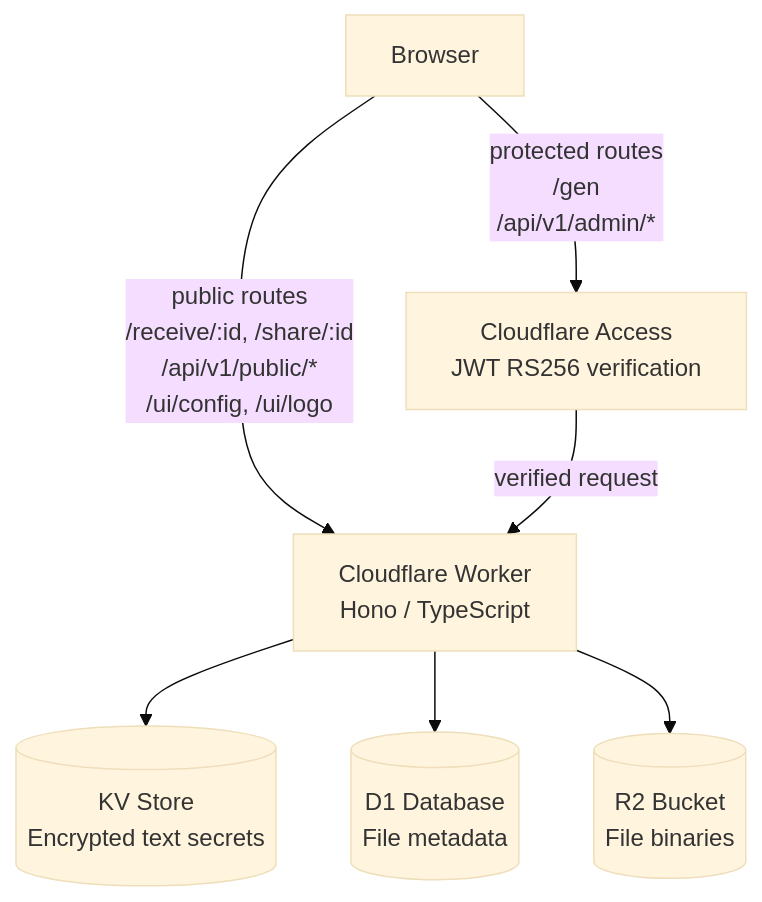
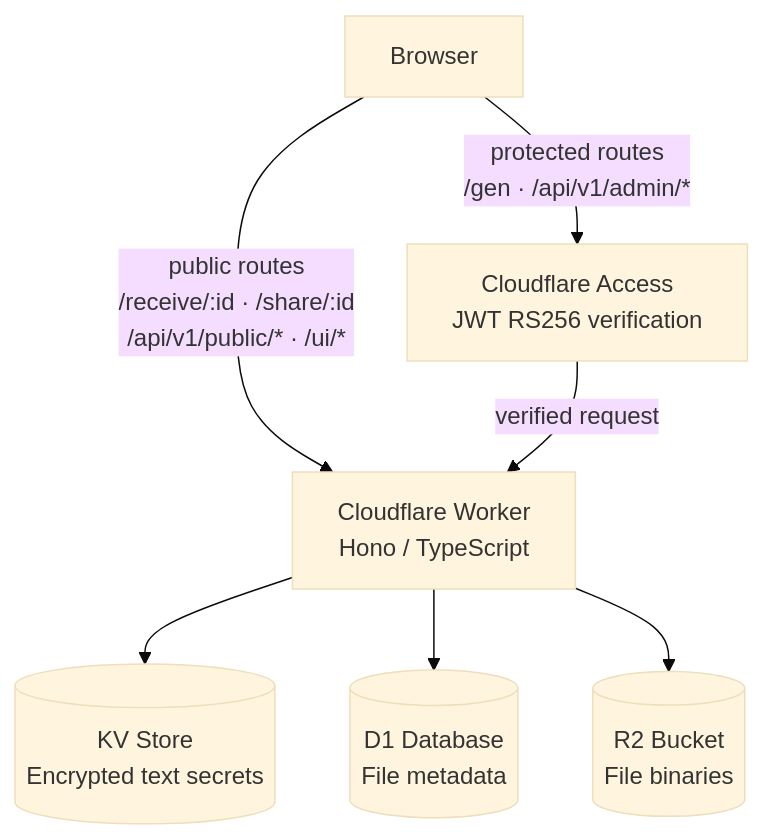
Before and after one commit to maciekaz/Edge-Secrets: the fifth of 5 diagrams in README.md, drawn with Mermaid (base theme). The commit also changed other lines of this file, not shown here.

First line of the commit message:
docs: fix broken mermaid diagrams (literal \n, self-loops)

````diff
--- a/README.md
+++ b/README.md
@@ -246,11 +260,11 @@
 ```mermaid
 flowchart TD
-    Browser -->|protected routes\n/gen\n/api/v1/admin/*| CFA[Cloudflare Access\nJWT RS256 verification]
-    Browser -->|public routes\n/receive/:id, /share/:id\n/api/v1/public/*\n/ui/config, /ui/logo| Worker
+    Browser -->|"protected routes<br/>/gen · /api/v1/admin/*"| CFA["Cloudflare Access<br/>JWT RS256 verification"]
+    Browser -->|"public routes<br/>/receive/:id · /share/:id<br/>/api/v1/public/* · /ui/*"| Worker
 
-    CFA -->|verified request| Worker[Cloudflare Worker\nHono / TypeScript]
+    CFA -->|verified request| Worker["Cloudflare Worker<br/>Hono / TypeScript"]
 
-    Worker --> KV[(KV Store\nEncrypted text secrets)]
-    Worker --> D1[(D1 Database\nFile metadata)]
-    Worker --> R2[(R2 Bucket\nFile binaries)]
+    Worker --> KV[("KV Store<br/>Encrypted text secrets")]
+    Worker --> D1[("D1 Database<br/>File metadata")]
+    Worker --> R2[("R2 Bucket<br/>File binaries")]
 ```
````
